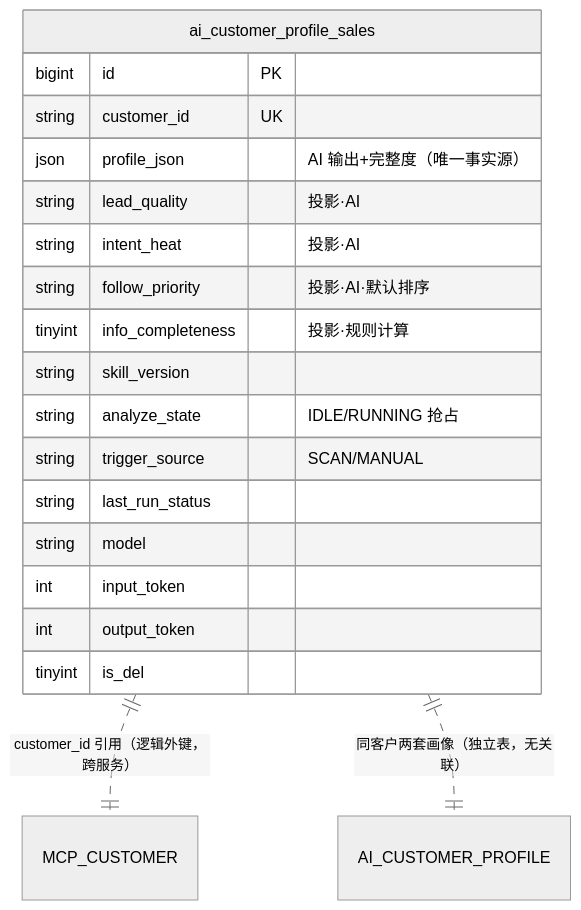
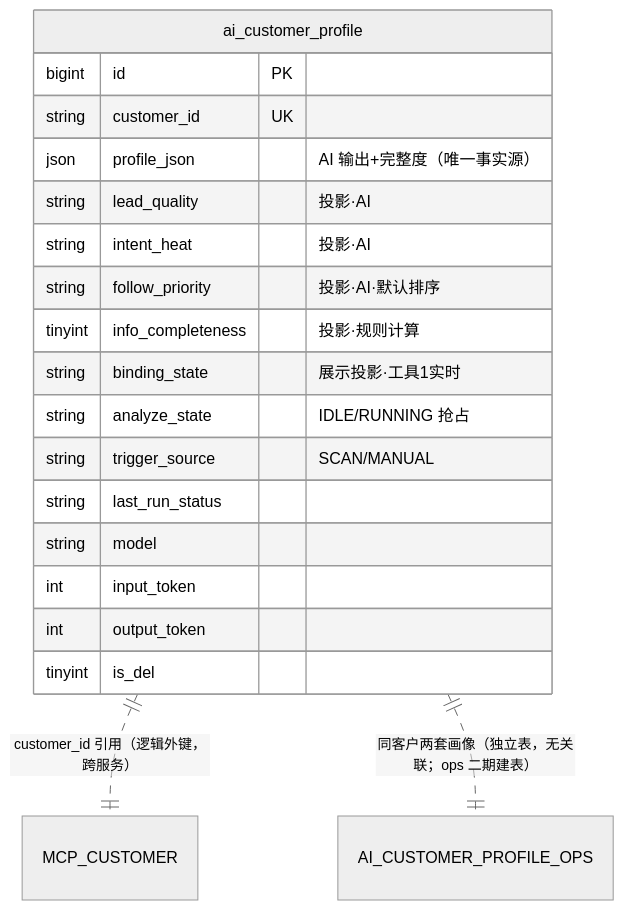
Before and after one commit to ChiYouIc/ehub-ai-workbench-prd: the diagram in requirements/customer-profile/sales/04-数据模型.md, drawn with Mermaid (neutral theme). The commit also changed other lines of this file and 22 other files, not shown here.

First line of the commit message:
feat(customer-profile): roadmap r4 修订——sales 定为画像一期，ops 后移二期冻结

````diff
--- a/requirements/customer-profile/sales/04-数据模型.md
+++ b/requirements/customer-profile/sales/04-数据模型.md
@@ -84,23 +84,23 @@
 ```mermaid
 erDiagram
-    ai_customer_profile_sales ||..|| MCP_CUSTOMER : "customer_id 引用（逻辑外键，跨服务）"
-    ai_customer_profile_sales ||..|| AI_CUSTOMER_PROFILE : "同客户两套画像（独立表，无关联）"
+    ai_customer_profile ||..|| MCP_CUSTOMER : "customer_id 引用（逻辑外键，跨服务）"
+    ai_customer_profile ||..|| AI_CUSTOMER_PROFILE_OPS : "同客户两套画像（独立表，无关联；ops 二期建表）"
 
-    ai_customer_profile_sales {
+    ai_customer_profile {
         bigint id PK
         string customer_id UK
         json profile_json "AI 输出+完整度（唯一事实源）"
         string lead_quality "投影·AI"
         string intent_heat "投影·AI"
         string follow_priority "投影·AI·默认排序"
         tinyint info_completeness "投影·规则计算"
-        string skill_version
+        string binding_state "展示投影·工具1实时"
         string analyze_state "IDLE/RUNNING 抢占"
         string trigger_source "SCAN/MANUAL"
         string last_run_status
         string model
         int input_token
         int output_token
         tinyint is_del
     }
 ```
````
